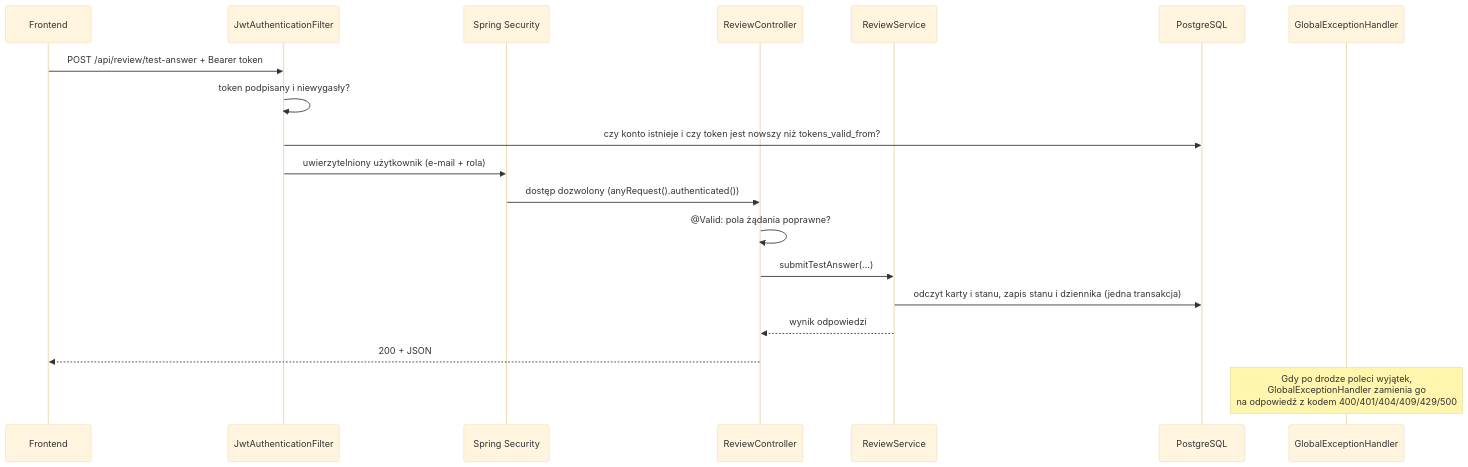
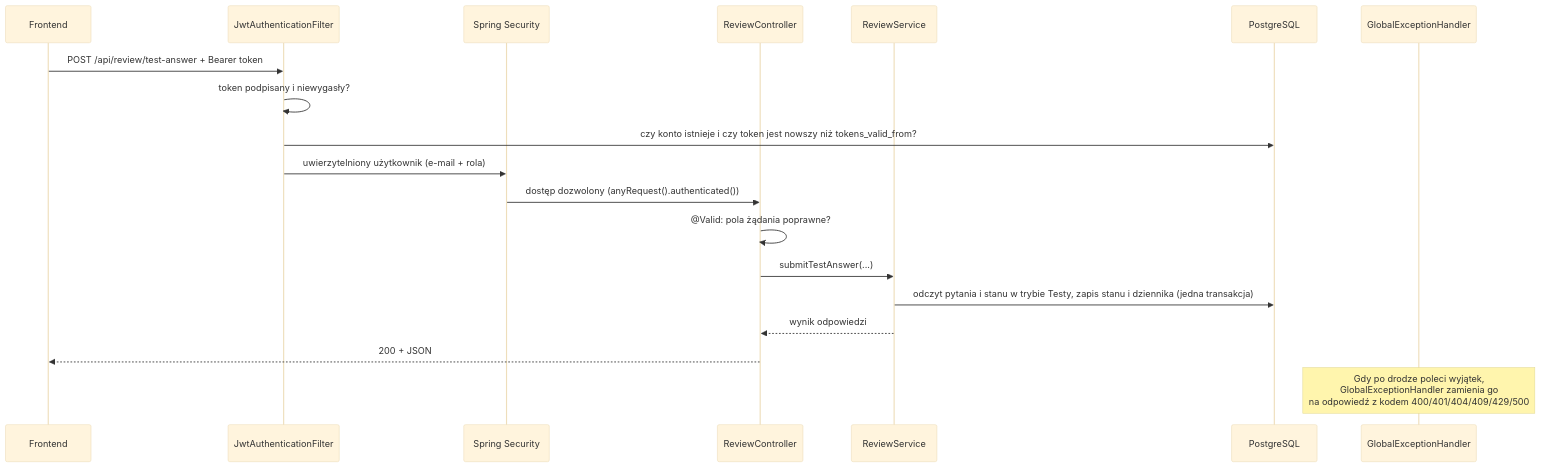
Before and after one commit to YellowHand/tutlaw-backend: the third of 3 diagrams in docs/01-architektura.md, drawn with Mermaid (base theme). The commit also changed other lines of this file and 294 other files, not shown here.

````diff
--- a/docs/01-architektura.md
+++ b/docs/01-architektura.md
@@ -102,22 +101,22 @@
 ```mermaid
 sequenceDiagram
     participant F as Frontend
     participant J as JwtAuthenticationFilter
     participant S as Spring Security
     participant C as ReviewController
     participant V as ReviewService
     participant DB as PostgreSQL
     participant H as GlobalExceptionHandler
 
     F->>J: POST /api/review/test-answer + Bearer token
     J->>J: token podpisany i niewygasły?
     J->>DB: czy konto istnieje i czy token jest nowszy niż tokens_valid_from?
     J->>S: uwierzytelniony użytkownik (e-mail + rola)
     S->>C: dostęp dozwolony (anyRequest().authenticated())
     C->>C: @Valid: pola żądania poprawne?
     C->>V: submitTestAnswer(...)
-    V->>DB: odczyt karty i stanu, zapis stanu i dziennika (jedna transakcja)
+    V->>DB: odczyt pytania i stanu w trybie Testy, zapis stanu i dziennika (jedna transakcja)
     V-->>C: wynik odpowiedzi
     C-->>F: 200 + JSON
     Note over H: Gdy po drodze poleci wyjątek,<br/>GlobalExceptionHandler zamienia go<br/>na odpowiedź z kodem 400/401/404/409/429/500
 ```
````
